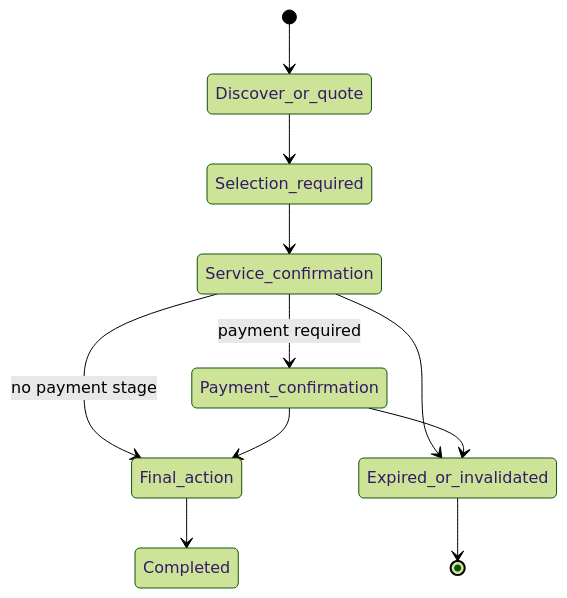
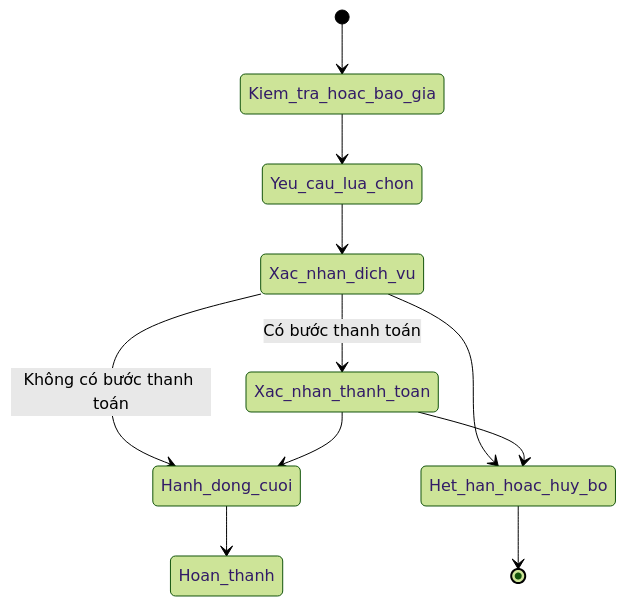
Before and after one commit to codecuatai/P-018: the third of 4 diagrams in docs/architecture_diagram.md, drawn with Mermaid (forest theme). The commit also changed other lines of this file and 71 other files, not shown here.

````diff
--- a/docs/architecture_diagram.md
+++ b/docs/architecture_diagram.md
@@ -88,13 +77,13 @@
 ```mermaid
 stateDiagram-v2
-  [*] --> Discover_or_quote
-  Discover_or_quote --> Selection_required
-  Selection_required --> Service_confirmation
-  Service_confirmation --> Payment_confirmation: payment required
-  Service_confirmation --> Final_action: no payment stage
-  Payment_confirmation --> Final_action
-  Final_action --> Completed
-  Service_confirmation --> Expired_or_invalidated
-  Payment_confirmation --> Expired_or_invalidated
-  Expired_or_invalidated --> [*]
+  [*] --> Kiem_tra_hoac_bao_gia
+  Kiem_tra_hoac_bao_gia --> Yeu_cau_lua_chon
+  Yeu_cau_lua_chon --> Xac_nhan_dich_vu
+  Xac_nhan_dich_vu --> Xac_nhan_thanh_toan: Có bước thanh toán
+  Xac_nhan_dich_vu --> Hanh_dong_cuoi: Không có bước thanh toán
+  Xac_nhan_thanh_toan --> Hanh_dong_cuoi
+  Hanh_dong_cuoi --> Hoan_thanh
+  Xac_nhan_dich_vu --> Het_han_hoac_huy_bo
+  Xac_nhan_thanh_toan --> Het_han_hoac_huy_bo
+  Het_han_hoac_huy_bo --> [*]
 ```
````
